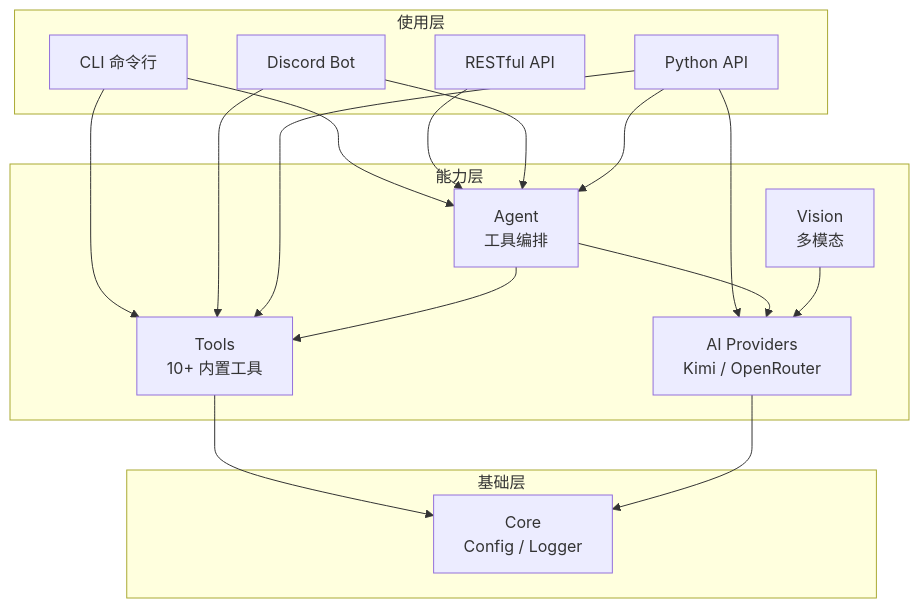
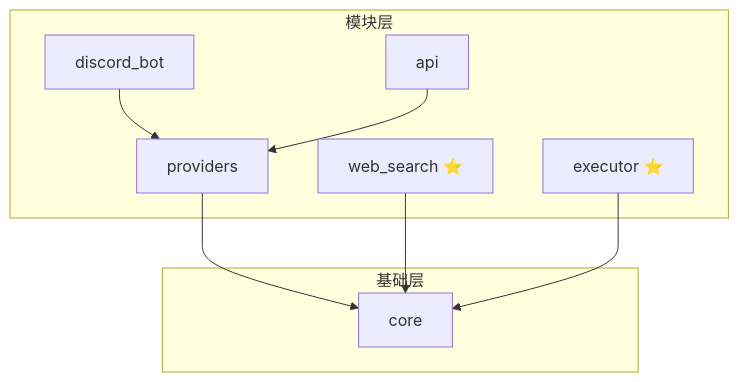
One commit to unlimblue/ai-toolbox changed the diagram in README.md. Above: the diagram before and after it, drawn with Mermaid. The commit also changed other lines of this file and 7 other files, not shown here.

First line of the commit message:
Refactor: Simplify Discord Bot and restructure modules

````diff
--- a/README.md
+++ b/README.md
@@ -160,35 +129,20 @@
 ```mermaid
 graph TB
-    subgraph 使用层
-        CLI[CLI 命令行]
-        API[RESTful API]
-        Discord[Discord Bot]
-        Python[Python API]
+    subgraph 模块层
+        Providers[providers]
+        WebSearch[web_search ⭐]
+        Executor[executor ⭐]
+        Discord[discord_bot]
+        API[api]
     end
-
-    subgraph 能力层
-        Providers[AI Providers<br/>Kimi / OpenRouter]
-        Tools[Tools<br/>10+ 内置工具]
-        Agent[Agent<br/>工具编排]
-        Vision[Vision<br/>多模态]
+    
+    subgraph 基础层
+        Core[core]
     end
-
-    subgraph 基础层
-        Core[Core<br/>Config / Logger]
-    end
-
-    CLI --> Agent
-    CLI --> Tools
-    API --> Agent
-    Discord --> Agent
-    Discord --> Tools
-    Python --> Providers
-    Python --> Agent
-    Python --> Tools
-
-    Agent --> Providers
-    Agent --> Tools
-    Tools --> Core
+    
     Providers --> Core
-    Vision --> Providers
+    WebSearch --> Core
+    Executor --> Core
+    Discord --> Providers
+    API --> Providers
 ```
````
